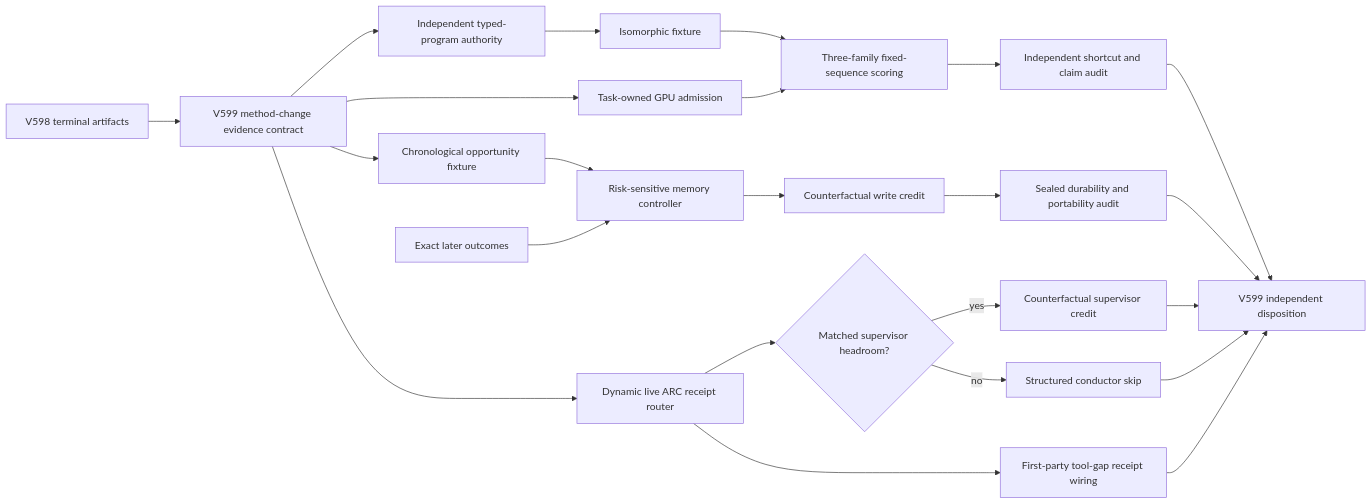
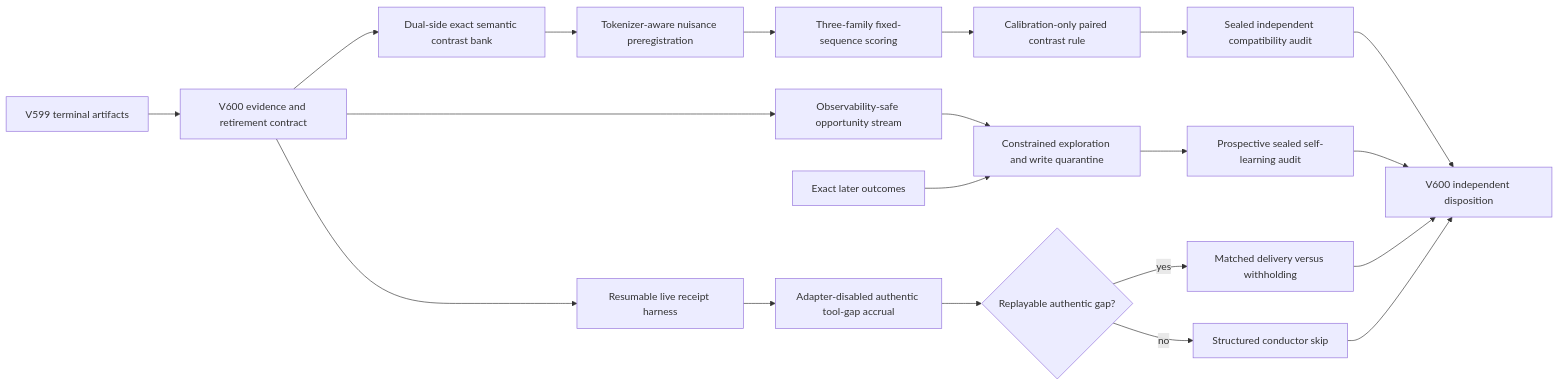
Before and after one commit to Carnot-EBM/carnot-ebm: the first of 2 diagrams in openspec/change-proposals/research-roadmap-vNEXT.md, drawn with Mermaid. The commit also changed other lines of this file and 12 other files, not shown here.

````diff
--- a/openspec/change-proposals/research-roadmap-vNEXT.md
+++ b/openspec/change-proposals/research-roadmap-vNEXT.md
@@ -67,29 +132,26 @@
 ```mermaid
 flowchart LR
-    A[V598 terminal artifacts] --> B[V599 method-change evidence contract]
+    A[V599 terminal artifacts] --> B[V600 evidence and retirement contract]
 
-    B --> C[Independent typed-program authority]
-    C --> D[Isomorphic fixture]
-    B --> E[Task-owned GPU admission]
-    D --> F[Three-family fixed-sequence scoring]
-    E --> F
-    F --> G[Independent shortcut and claim audit]
+    B --> C[Dual-side exact semantic contrast bank]
+    C --> D[Tokenizer-aware nuisance preregistration]
+    D --> E[Three-family fixed-sequence scoring]
+    E --> F[Calibration-only paired contrast rule]
+    F --> G[Sealed independent compatibility audit]
 
-    B --> H[Chronological opportunity fixture]
-    H --> I[Risk-sensitive memory controller]
+    B --> H[Observability-safe opportunity stream]
+    H --> I[Constrained exploration and write quarantine]
     J[Exact later outcomes] --> I
-    I --> K[Counterfactual write credit]
-    K --> L[Sealed durability and portability audit]
+    I --> K[Prospective sealed self-learning audit]
 
-    B --> M[Dynamic live ARC receipt router]
-    M --> N{Matched supervisor headroom?}
-    N -->|yes| O[Counterfactual supervisor credit]
+    B --> L[Resumable live receipt harness]
+    L --> M[Adapter-disabled authentic tool-gap accrual]
+    M --> N{Replayable authentic gap?}
+    N -->|yes| O[Matched delivery versus withholding]
     N -->|no| P[Structured conductor skip]
-    M --> Q[First-party tool-gap receipt wiring]
 
-    G --> R[V599 independent disposition]
-    L --> R
-    O --> R
-    P --> R
-    Q --> R
+    G --> Q[V600 independent disposition]
+    K --> Q
+    O --> Q
+    P --> Q
 ```
````
